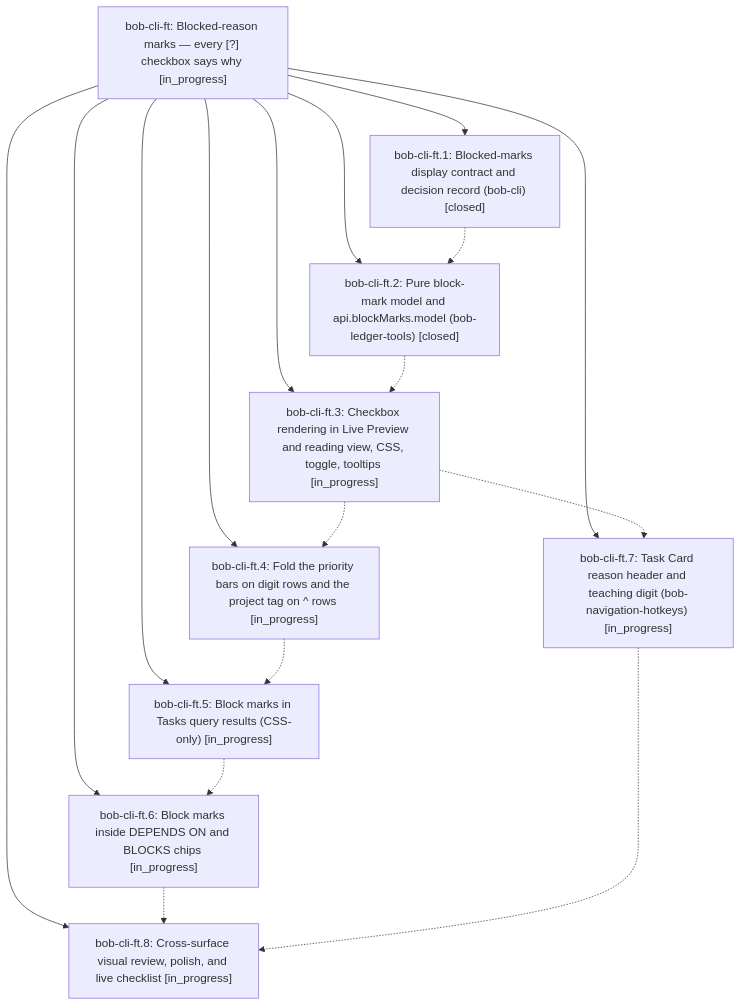
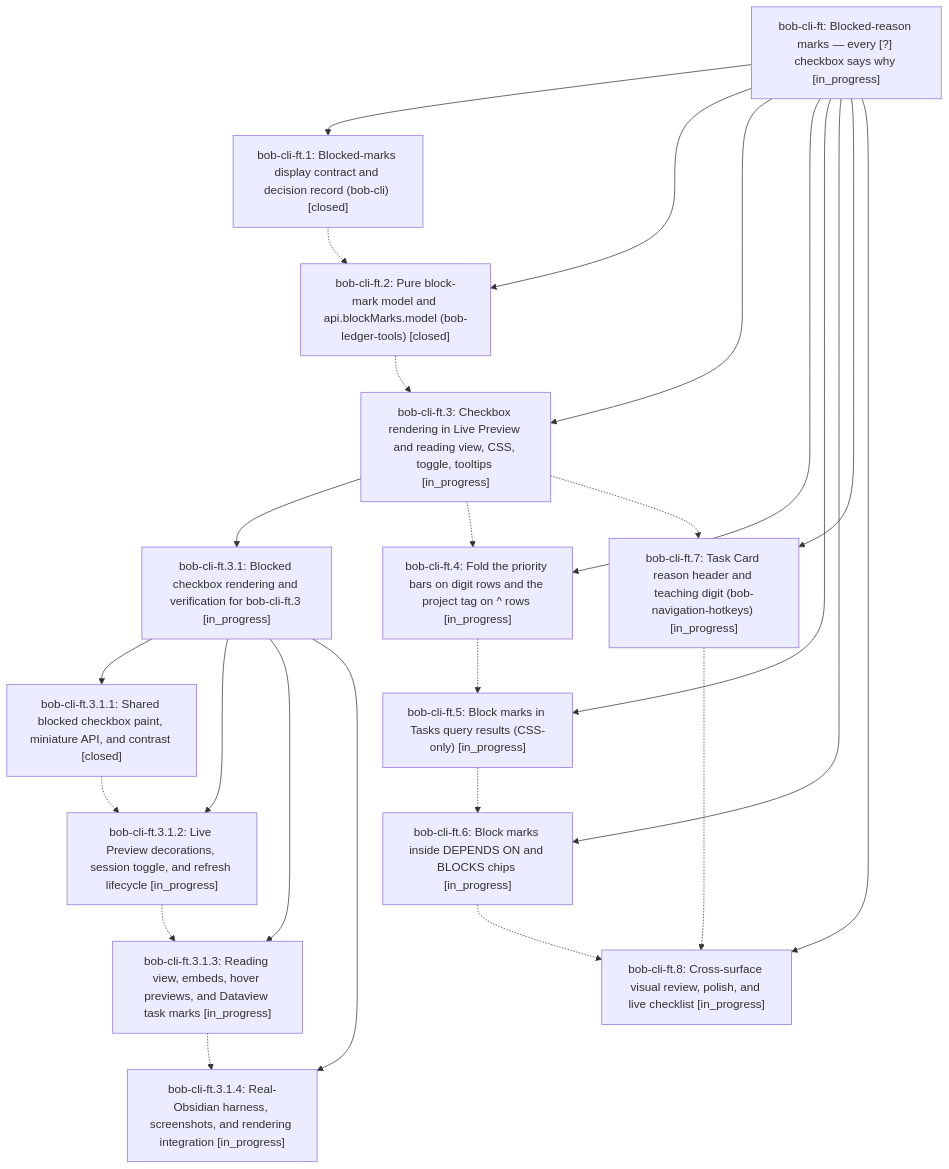
Before and after one commit to bobs-org/bob-cli--beads: the diagram in pages/bob-cli-ft/README.md, drawn with Mermaid. The commit also changed other lines of this file and 7 other files, not shown here.

First line of the commit message:
chore(beads): sync bead state and pages for bob-cli-ft

````diff
--- a/pages/bob-cli-ft/README.md
+++ b/pages/bob-cli-ft/README.md
@@ -41,28 +41,41 @@
 ```mermaid
 flowchart TD
     n0["bob-cli-ft: Blocked-reason marks — every [?] checkbox says why [in_progress]"]
     n1["bob-cli-ft.1: Blocked-marks display contract and decision record (bob-cli) [closed]"]
     n2["bob-cli-ft.2: Pure block-mark model and api.blockMarks.model (bob-ledger-tools) [closed]"]
     n3["bob-cli-ft.3: Checkbox rendering in Live Preview and reading view, CSS, toggle, tooltips [in_progress]"]
-    n4["bob-cli-ft.4: Fold the priority bars on digit rows and the project tag on ^ rows [in_progress]"]
-    n5["bob-cli-ft.5: Block marks in Tasks query results (CSS-only) [in_progress]"]
-    n6["bob-cli-ft.6: Block marks inside DEPENDS ON and BLOCKS chips [in_progress]"]
-    n7["bob-cli-ft.7: Task Card reason header and teaching digit (bob-navigation-hotkeys) [in_progress]"]
-    n8["bob-cli-ft.8: Cross-surface visual review, polish, and live checklist [in_progress]"]
+    n4["bob-cli-ft.3.1: Blocked checkbox rendering and verification for bob-cli-ft.3 [in_progress]"]
+    n5["bob-cli-ft.3.1.1: Shared blocked checkbox paint, miniature API, and contrast [closed]"]
+    n6["bob-cli-ft.3.1.2: Live Preview decorations, session toggle, and refresh lifecycle [in_progress]"]
+    n7["bob-cli-ft.3.1.3: Reading view, embeds, hover previews, and Dataview task marks [in_progress]"]
+    n8["bob-cli-ft.3.1.4: Real-Obsidian harness, screenshots, and rendering integration [in_progress]"]
+    n9["bob-cli-ft.4: Fold the priority bars on digit rows and the project tag on ^ rows [in_progress]"]
+    n10["bob-cli-ft.5: Block marks in Tasks query results (CSS-only) [in_progress]"]
+    n11["bob-cli-ft.6: Block marks inside DEPENDS ON and BLOCKS chips [in_progress]"]
+    n12["bob-cli-ft.7: Task Card reason header and teaching digit (bob-navigation-hotkeys) [in_progress]"]
+    n13["bob-cli-ft.8: Cross-surface visual review, polish, and live checklist [in_progress]"]
     n0 --> n1
     n0 --> n2
     n0 --> n3
-    n0 --> n4
-    n0 --> n5
-    n0 --> n6
-    n0 --> n7
-    n0 --> n8
+    n3 --> n4
+    n4 --> n5
+    n4 --> n6
+    n4 --> n7
+    n4 --> n8
+    n0 --> n9
+    n0 --> n10
+    n0 --> n11
+    n0 --> n12
+    n0 --> n13
     n1 -.-> n2
     n2 -.-> n3
-    n3 -.-> n4
-    n3 -.-> n7
-    n4 -.-> n5
+    n3 -.-> n9
+    n3 -.-> n12
     n5 -.-> n6
-    n6 -.-> n8
+    n6 -.-> n7
     n7 -.-> n8
+    n9 -.-> n10
+    n10 -.-> n11
+    n11 -.-> n13
+    n12 -.-> n13
 ```
````
